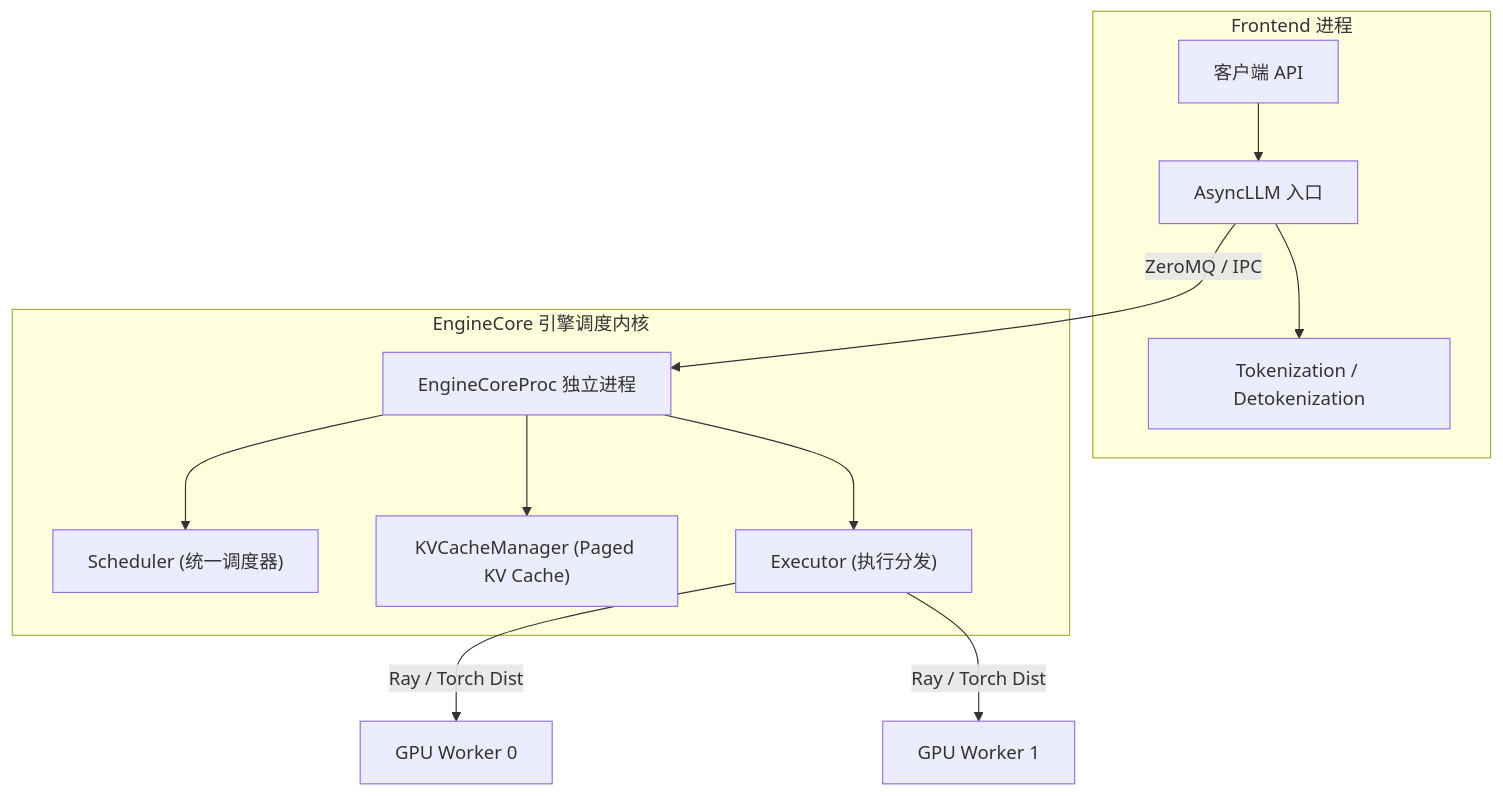
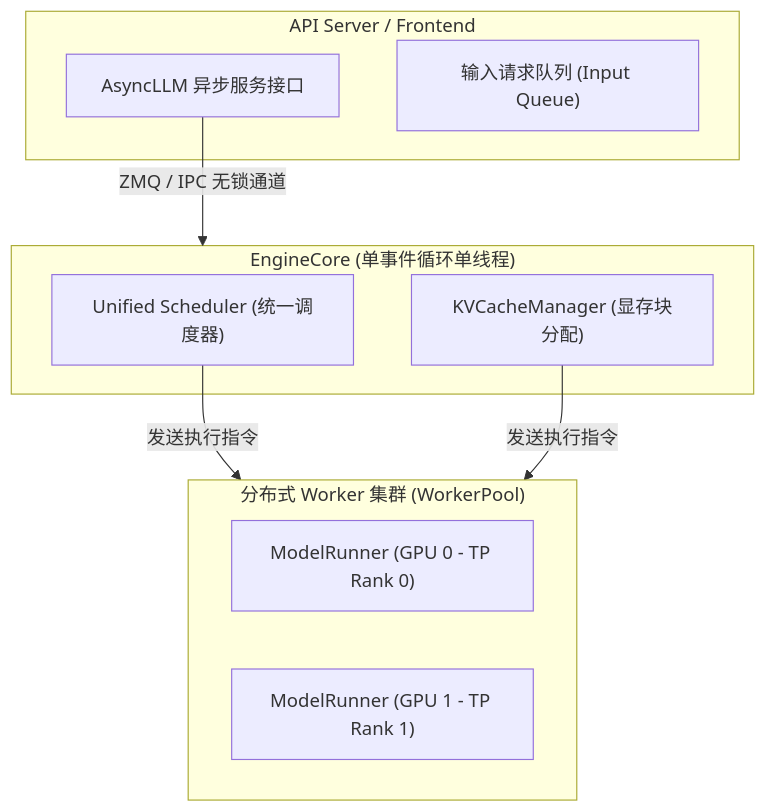
The first of 4 diagrams in inference/lesson01.qmd (hsthanb4/hpclearning), drawn with Mermaid before and after one commit. The commit also changed other lines of this file and 205 other files, not shown here.

````diff
--- a/inference/lesson01.qmd
+++ b/inference/lesson01.qmd
@@ -37,15 +40,17 @@
-```{mermaid}
+```mermaid
 flowchart TD
-    subgraph Frontend["Frontend 进程"]
-        Client["客户端 API"] --> AsyncLLM["AsyncLLM 入口"]
-        AsyncLLM --> Tokenizer["Tokenization / Detokenization"]
+    subgraph Frontend["API Server / Frontend"]
+        AsyncLLM["AsyncLLM 异步服务接口"]
+        ReqQueue["输入请求队列 (Input Queue)"]
     end
-    AsyncLLM -->|ZeroMQ / IPC| CoreProc["EngineCoreProc 独立进程"]
-    subgraph EngineCore["EngineCore 引擎调度内核"]
-        CoreProc --> Sched["Scheduler (统一调度器)"]
-        CoreProc --> KV["KVCacheManager (Paged KV Cache)"]
-        CoreProc --> Exec["Executor (执行分发)"]
+    subgraph Core["EngineCore (单事件循环单线程)"]
+        Scheduler["Unified Scheduler (统一调度器)"]
+        KVManager["KVCacheManager (显存块分配)"]
     end
-    Exec -->|Ray / Torch Dist| W0["GPU Worker 0"]
-    Exec -->|Ray / Torch Dist| W1["GPU Worker 1"]
+    subgraph Backend["分布式 Worker 集群 (WorkerPool)"]
+        W0["ModelRunner (GPU 0 - TP Rank 0)"]
+        W1["ModelRunner (GPU 1 - TP Rank 1)"]
+    end
+    AsyncLLM -->|ZMQ / IPC 无锁通道| Core
+    Scheduler & KVManager -->|发送执行指令| Backend
 ```
````
